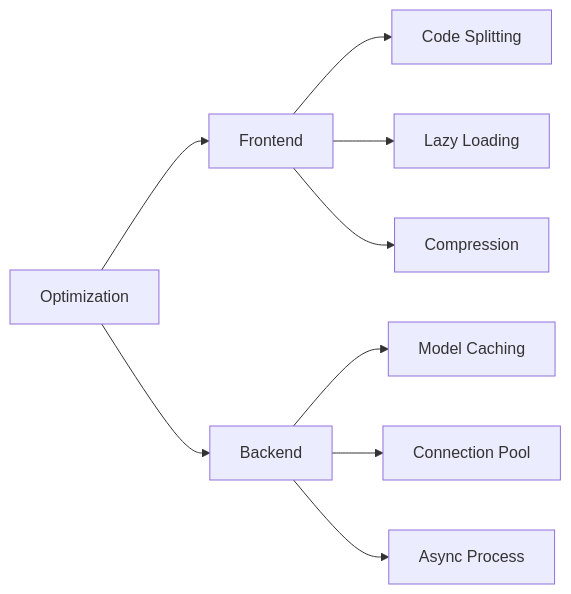
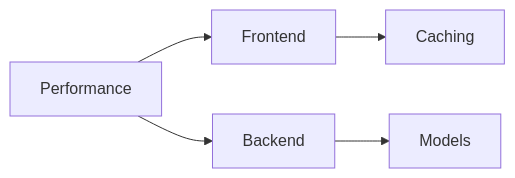
Diagram 14 of 15 in ARCHITECTURE.md (BTech20/biometric-auth-system), drawn with Mermaid before and after one commit. The commit also changed other lines of this file, not shown here.

First line of the commit message:
Ultra-simplify Mermaid diagrams to basic graph syntax

````diff
--- a/ARCHITECTURE.md
+++ b/ARCHITECTURE.md
@@ -350,11 +280,7 @@
 ```mermaid
-flowchart LR
-    A[Optimization] --> B[Frontend]
+graph LR
+    A[Performance] --> B[Frontend]
     A --> C[Backend]
-    B --> D[Code Splitting]
-    B --> E[Lazy Loading]
-    B --> F[Compression]
-    C --> G[Model Caching]
-    C --> H[Connection Pool]
-    C --> I[Async Process]
+    B --> D[Caching]
+    C --> E[Models]
 ```
````
